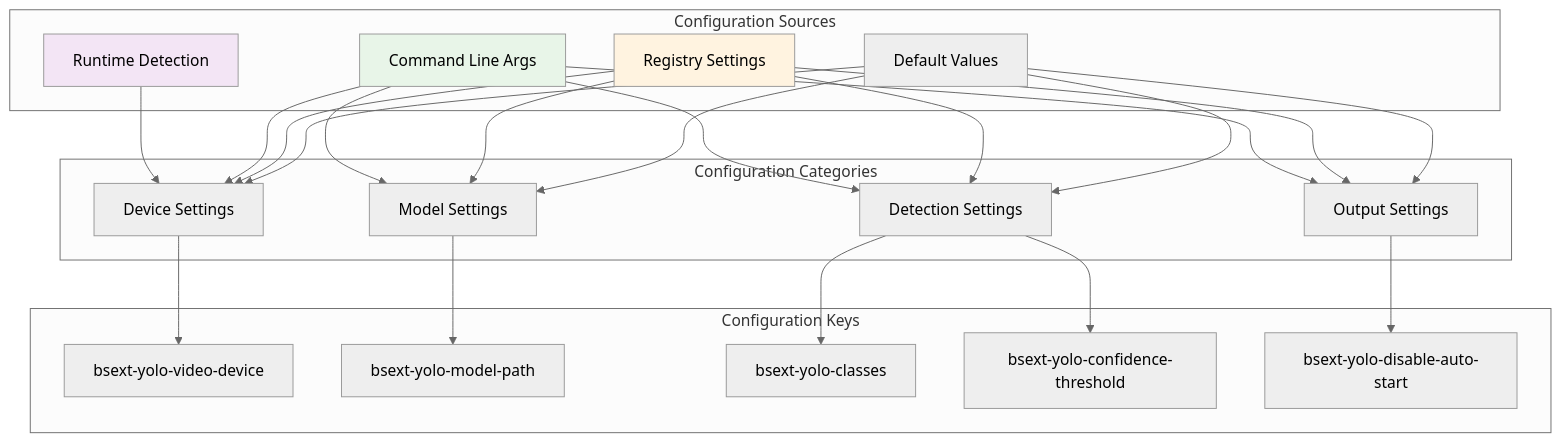
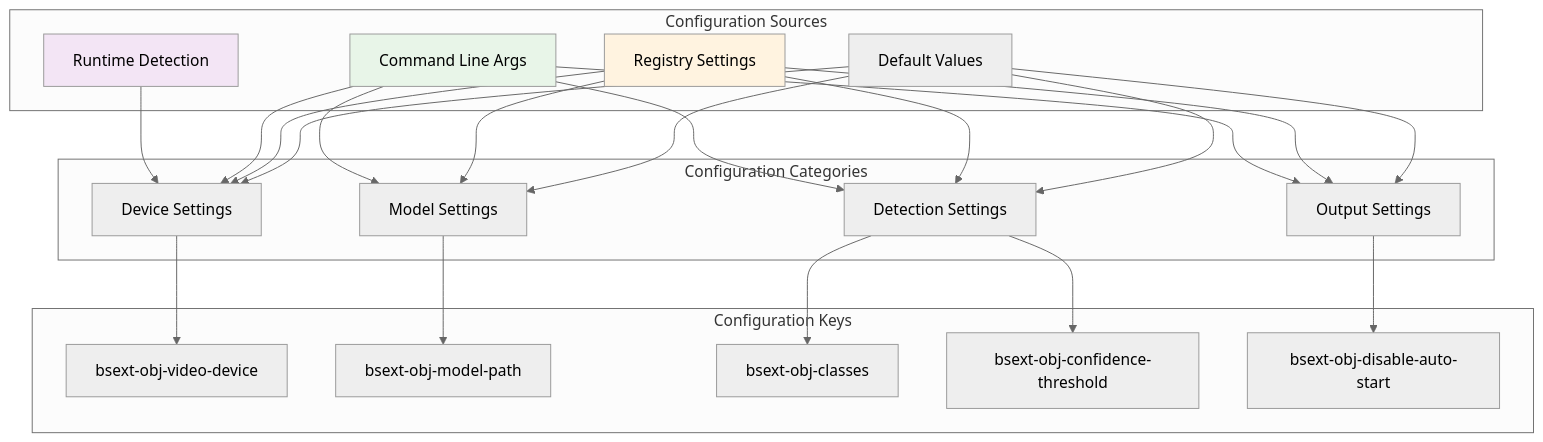
Before and after one commit to brightsign/brightsign-npu-object-extension: the ninth of 9 diagrams in docs/software-architecture.md, drawn with Mermaid (neutral theme). The commit also changed other lines of this file and 34 other files, not shown here.

````diff
--- a/docs/software-architecture.md
+++ b/docs/software-architecture.md
@@ -487,51 +487,51 @@
 ```mermaid
 graph TD
     subgraph "Configuration Sources"
         DEFAULT[Default Values]
         REGISTRY[Registry Settings]
         CMDLINE[Command Line Args]
         RUNTIME[Runtime Detection]
     end
     
     subgraph "Configuration Categories"
         DEVICE[Device Settings]
         MODEL[Model Settings]
         DETECTION[Detection Settings]
         OUTPUT[Output Settings]
     end
     
     subgraph "Configuration Keys"
-        VIDEO_DEV[bsext-yolo-video-device]
-        MODEL_PATH[bsext-yolo-model-path]
-        CLASSES[bsext-yolo-classes]
-        CONFIDENCE[bsext-yolo-confidence-threshold]
-        AUTO_START[bsext-yolo-disable-auto-start]
+        VIDEO_DEV[bsext-obj-video-device]
+        MODEL_PATH[bsext-obj-model-path]
+        CLASSES[bsext-obj-classes]
+        CONFIDENCE[bsext-obj-confidence-threshold]
+        AUTO_START[bsext-obj-disable-auto-start]
     end
     
     DEFAULT --> DEVICE
     REGISTRY --> DEVICE
     CMDLINE --> DEVICE
     RUNTIME --> DEVICE
     
     DEFAULT --> MODEL
     REGISTRY --> MODEL
     CMDLINE --> MODEL
     
     DEFAULT --> DETECTION
     REGISTRY --> DETECTION
     CMDLINE --> DETECTION
     
     DEFAULT --> OUTPUT
     REGISTRY --> OUTPUT
     CMDLINE --> OUTPUT
     
     DEVICE --> VIDEO_DEV
     MODEL --> MODEL_PATH
     DETECTION --> CLASSES
     DETECTION --> CONFIDENCE
     OUTPUT --> AUTO_START
     
     style REGISTRY fill:#fff3e0
     style CMDLINE fill:#e8f5e8
     style RUNTIME fill:#f3e5f5
 ```
````
